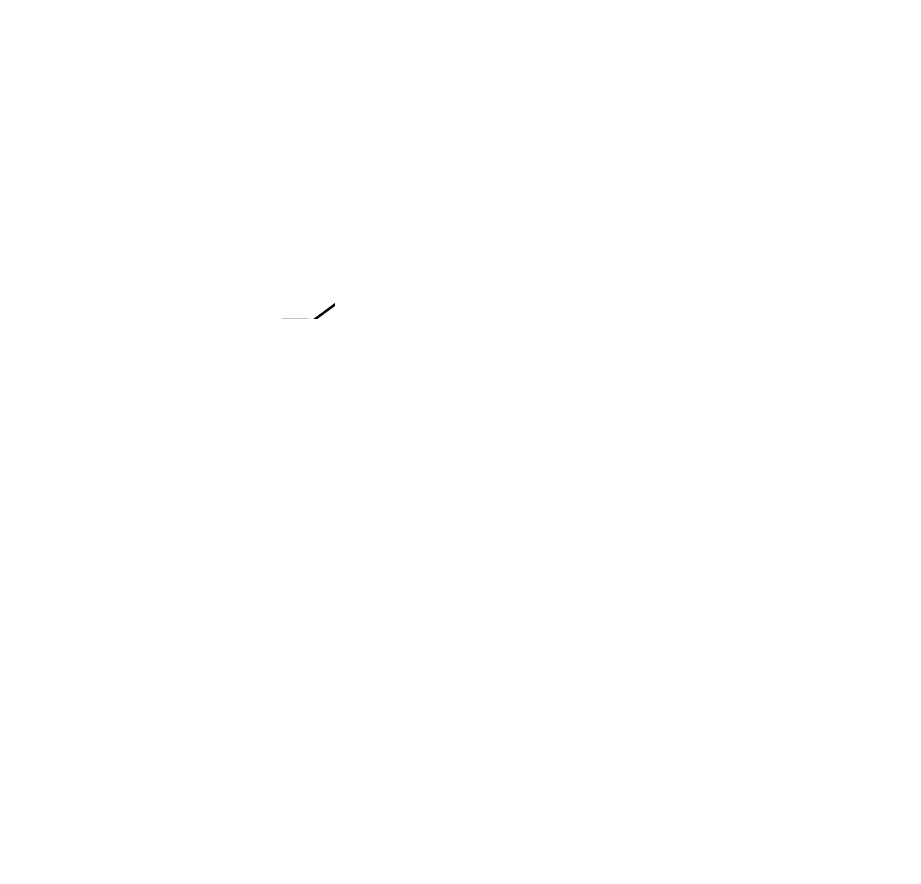
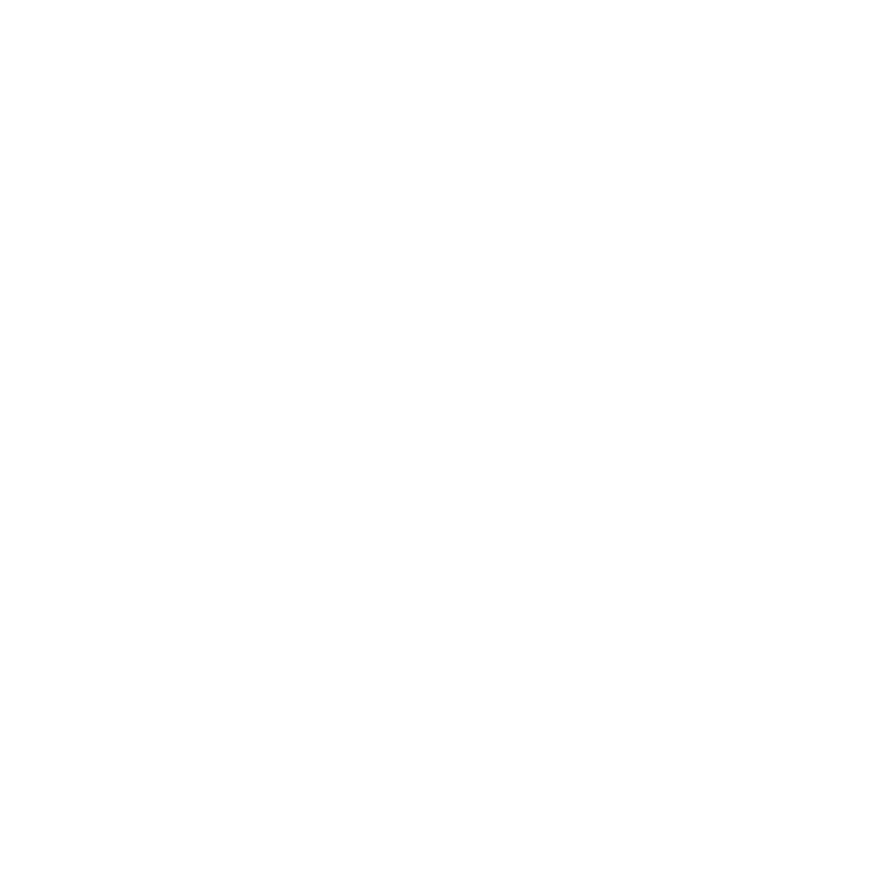
One commit to zeroknowledgediscovery/zcad changed the diagram in qanalysis/cjust/0.dot. Above: the diagram before and after it, drawn with Graphviz. The commit also changed 287 other files, not shown here.

```diff
--- a/qanalysis/cjust/0.dot
+++ b/qanalysis/cjust/0.dot
@@ -1,104 +1,116 @@
 graph Tree {
 node [shape=box, style="filled, rounded",color="black",penwidth="3",fontcolor="black",                 fontname=helvetica] ;
 graph [ranksep="0 equally", splines=straight,                 bgcolor=transparent, dpi=200] ;
 edge [fontname=helvetica, color=black] ;
 0 [label="1
 Prob: 1.0
 Frac: 0.009", fillcolor="#ffc155"] ;
 1 [label="46", fillcolor="#e6c76d"] ;
 2 [label="1
 Prob: 0.6
 Frac: 0.005", fillcolor="#bbd199"] ;
 3 [label="44", fillcolor="#c6cf8d"] ;
 4 [label="2
 Prob: 1.0
 Frac: 0.004", fillcolor="#55ebff"] ;
 5 [label="44", fillcolor="#d6cb7d"] ;
 6 [label="1
 Prob: 0.857
 Frac: 0.09", fillcolor="#e6c76d"] ;
 7 [label="54", fillcolor="#e5c76e"] ;
 8 [label="1
 Prob: 0.667
 Frac: 0.003", fillcolor="#c6cf8d"] ;
 9 [label="60", fillcolor="#e1c872"] ;
 10 [label="1
 Prob: 0.556
 Frac: 0.009", fillcolor="#b3d3a0"] ;
 11 [label="30", fillcolor="#d8ca7b"] ;
 12 [label="2
 Prob: 0.562
 Frac: 0.016", fillcolor="#9fd8b4"] ;
 13 [label="53", fillcolor="#cbcd88"] ;
 14 [label="2
 Prob: 0.667
 Frac: 0.024", fillcolor="#8dddc6"] ;
 15 [label="10", fillcolor="#b8d29b"] ;
-16 [label="2
-Prob: 0.533
-Frac: 0.015", fillcolor="#a4d7af"] ;
-17 [label="19", fillcolor="#7ae1d9"] ;
+16 [label="1
+Prob: 0.7
+Frac: 0.01", fillcolor="#cccd88"] ;
+17 [label="24", fillcolor="#a4d7af"] ;
 18 [label="2
+Prob: 1.0
+Frac: 0.005", fillcolor="#55ebff"] ;
+19 [label="19", fillcolor="#7ae1d9"] ;
+20 [label="2
 Prob: 0.886
 Frac: 0.034", fillcolor="#68e6eb"] ;
-19 [label="1", fillcolor="#a1d8b2"] ;
-20 [label="2
+21 [label="1", fillcolor="#a1d8b2"] ;
+22 [label="2
 Prob: 0.931
 Frac: 0.071", fillcolor="#60e8f3"] ;
-21 [label="18", fillcolor="#71e3e2"] ;
-22 [label="2
+23 [label="18", fillcolor="#71e3e2"] ;
+24 [label="2
 Prob: 0.97
 Frac: 0.033", fillcolor="#5ae9f9"] ;
-23 [label="49", fillcolor="#7be1d8"] ;
-24 [label="2
+25 [label="49", fillcolor="#7be1d8"] ;
+26 [label="2
 Prob: 0.655
 Frac: 0.054", fillcolor="#8fdcc4"] ;
-25 [label="3", fillcolor="#70e4e3"] ;
-26 [label="2
+27 [label="3", fillcolor="#70e4e3"] ;
+28 [label="2
 Prob: 0.932
 Frac: 0.058", fillcolor="#60e8f3"] ;
-27 [label="21", fillcolor="#5fe8f4"] ;
-28 [label="2
-Prob: 0.93
-Frac: 0.126", fillcolor="#60e8f3"] ;
-29 [label="49", fillcolor="#5ae9f9"] ;
+29 [label="21", fillcolor="#5fe8f4"] ;
 30 [label="2
-Prob: 0.871
-Frac: 0.031", fillcolor="#6ae5e9"] ;
-31 [label="20", fillcolor="#59e9fa"] ;
+Prob: 0.865
+Frac: 0.073", fillcolor="#6be5e8"] ;
+31 [label="27", fillcolor="#5ae9f9"] ;
 32 [label="2
-Prob: 0.984
-Frac: 0.42", fillcolor="#57eafc"] ;
+Prob: 0.6
+Frac: 0.005", fillcolor="#99dabb"] ;
+33 [label="20", fillcolor="#5de8f6"] ;
+34 [label="2
+Prob: 0.967
+Frac: 0.091", fillcolor="#5ae9f9"] ;
+35 [label="55", fillcolor="#58eafb"] ;
+36 [label="2
+Prob: 0.988
+Frac: 0.408", fillcolor="#57eafc"] ;
 1 -- 0 [label=" 1",penwidth=3] ;
 1 -- 2 [label=" 2\n 3",penwidth=3] ;
 3 -- 1 [label=" 2",penwidth=3] ;
 3 -- 4 [label=" 3",penwidth=3] ;
 5 -- 3 [label=" 2\n 3",penwidth=3] ;
 5 -- 11 [label=" 1\n 4",penwidth=3] ;
 7 -- 6 [label=" 1",penwidth=3] ;
 7 -- 8 [label=" 2\n 3",penwidth=3] ;
 9 -- 7 [label=" 1",penwidth=3] ;
 9 -- 10 [label=" 2\n 4",penwidth=3] ;
 11 -- 9 [label=" 1",penwidth=3] ;
 11 -- 12 [label=" 2",penwidth=3] ;
 13 -- 5 [label=" 1",penwidth=3] ;
 13 -- 14 [label=" 2\n 3",penwidth=3] ;
 15 -- 13 [label=" 1",penwidth=3] ;
-15 -- 17 [label=" 2",penwidth=3] ;
+15 -- 19 [label=" 2",penwidth=3] ;
 17 -- 16 [label=" 1",penwidth=3] ;
-17 -- 18 [label=" 2\n 3\n 4",penwidth=3] ;
-19 -- 15 [label=" 1",penwidth=3] ;
-19 -- 20 [label=" 2",penwidth=3] ;
-21 -- 19 [label=" 1",penwidth=3] ;
-21 -- 27 [label=" 2\n 3\n 4",penwidth=3] ;
-23 -- 22 [label=" 2\n 4",penwidth=3] ;
-23 -- 24 [label=" 1\n 3\n 5",penwidth=3] ;
-25 -- 23 [label=" 1",penwidth=3] ;
-25 -- 26 [label=" 2",penwidth=3] ;
+17 -- 18 [label=" 2",penwidth=3] ;
+19 -- 17 [label=" 1",penwidth=3] ;
+19 -- 20 [label=" 2\n 3\n 4",penwidth=3] ;
+21 -- 15 [label=" 1",penwidth=3] ;
+21 -- 22 [label=" 2",penwidth=3] ;
+23 -- 21 [label=" 1",penwidth=3] ;
+23 -- 29 [label=" 2\n 3\n 4",penwidth=3] ;
+25 -- 24 [label=" 2\n 4",penwidth=3] ;
+25 -- 26 [label=" 1\n 3\n 5",penwidth=3] ;
 27 -- 25 [label=" 1",penwidth=3] ;
-27 -- 29 [label=" 2\n 3\n 4",penwidth=3] ;
-29 -- 28 [label=" 1",penwidth=3] ;
-29 -- 31 [label=" 2\n 3\n 4\n 5",penwidth=3] ;
+27 -- 28 [label=" 2",penwidth=3] ;
+29 -- 27 [label=" 1",penwidth=3] ;
+29 -- 31 [label=" 2\n 3\n 4",penwidth=3] ;
 31 -- 30 [label=" 1",penwidth=3] ;
-31 -- 32 [label=" 2\n 3\n 4",penwidth=3] ;
+31 -- 35 [label=" 2\n 3\n 4",penwidth=3] ;
+33 -- 32 [label=" 1",penwidth=3] ;
+33 -- 34 [label=" 2\n 3\n 4",penwidth=3] ;
+35 -- 33 [label=" 1",penwidth=3] ;
+35 -- 36 [label=" 2\n 3\n 4\n 5",penwidth=3] ;
 {rank = same;}}
```
